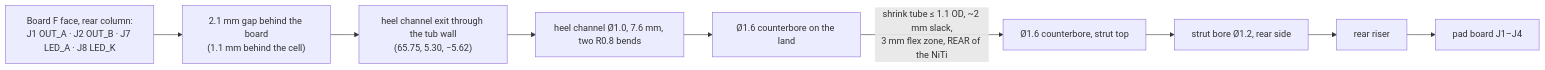
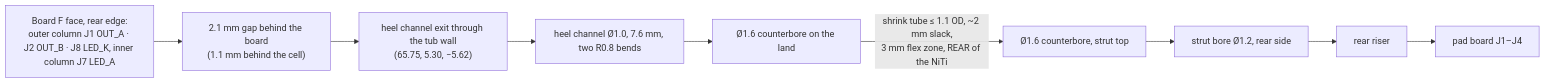
The diagram in docs/system/reg-arm.md (HrafnaValkyrja/ultrasonic), drawn with Mermaid before and after one commit. The commit also changed other lines of this file and 13 other files, not shown here.

````diff
--- a/docs/system/reg-arm.md
+++ b/docs/system/reg-arm.md
@@ -17,9 +17,9 @@
 ```mermaid
 flowchart LR
-  J["Board F face, rear column:<br/>J1 OUT_A · J2 OUT_B · J7 LED_A · J8 LED_K"] --> GAP["2.1 mm gap behind the board<br/>(1.1 mm behind the cell)"]
+  J["Board F face, rear edge:<br/>outer column J1 OUT_A · J2 OUT_B · J8 LED_K, inner column J7 LED_A"] --> GAP["2.1 mm gap behind the board<br/>(1.1 mm behind the cell)"]
   GAP --> EXIT["heel channel exit through the tub wall<br/>(65.75, 5.30, −5.62)"]
   EXIT --> CH["heel channel Ø1.0, 7.6 mm, two R0.8 bends"]
   CH --> CB1["Ø1.6 counterbore on the land"]
   CB1 -->|"shrink tube ≤ 1.1 OD, ~2 mm slack,<br/>3 mm flex zone, REAR of the NiTi"| CB2["Ø1.6 counterbore, strut top"]
   CB2 --> SB["strut bore Ø1.2, rear side"] --> R["rear riser"] --> PB["pad board J1–J4"]
 ```
````
